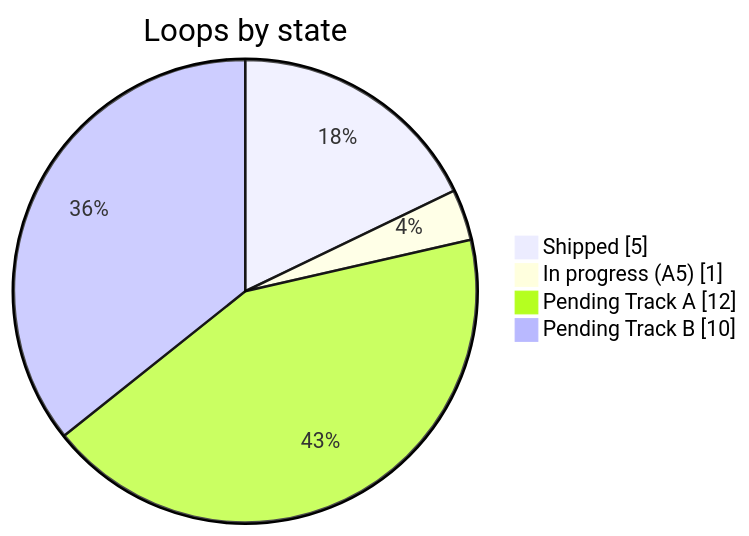
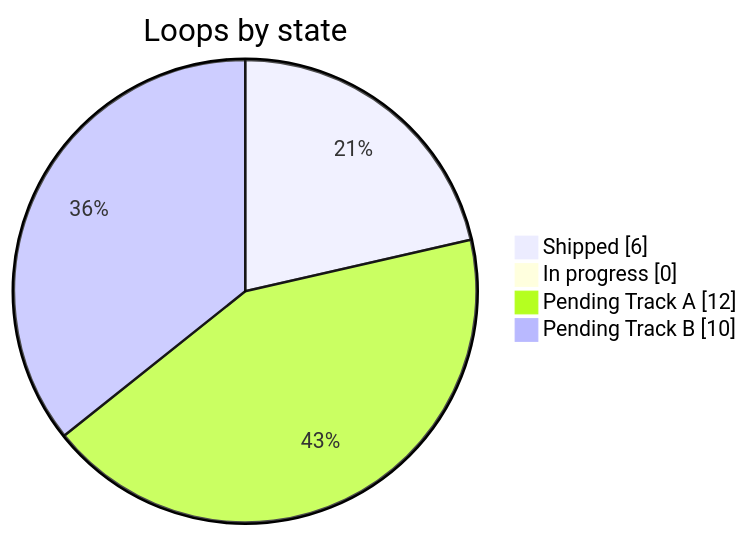
Before and after one commit to ivangarciafilho/DNDSheet: the diagram in docs/roadmap/DNDSheet-Implementation-Backlog.md, drawn with Mermaid. The commit also changed other lines of this file and 2 other files, not shown here.

````diff
--- a/docs/roadmap/DNDSheet-Implementation-Backlog.md
+++ b/docs/roadmap/DNDSheet-Implementation-Backlog.md
@@ -54,8 +54,8 @@
 ```mermaid
 pie showData
   title Loops by state
-  "Shipped" : 5
-  "In progress (A5)" : 1
+  "Shipped" : 6
+  "In progress" : 0
   "Pending Track A" : 12
   "Pending Track B" : 10
 ```
````
